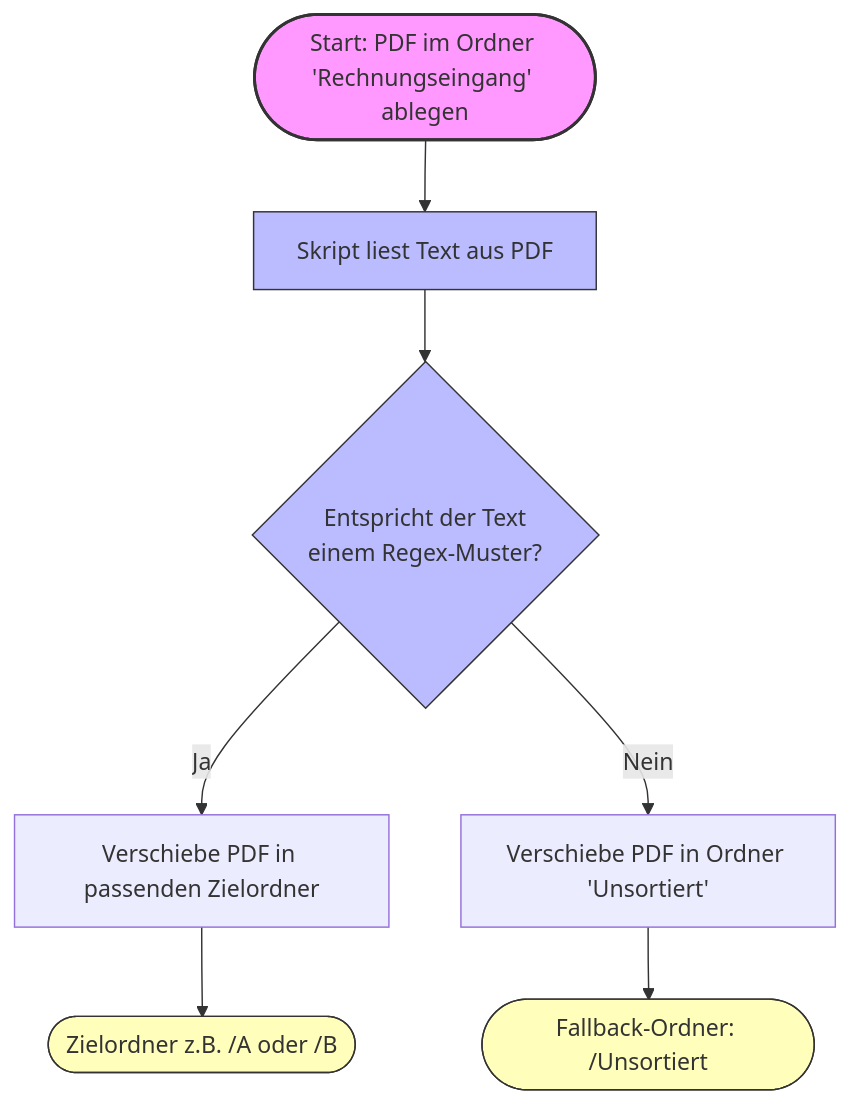
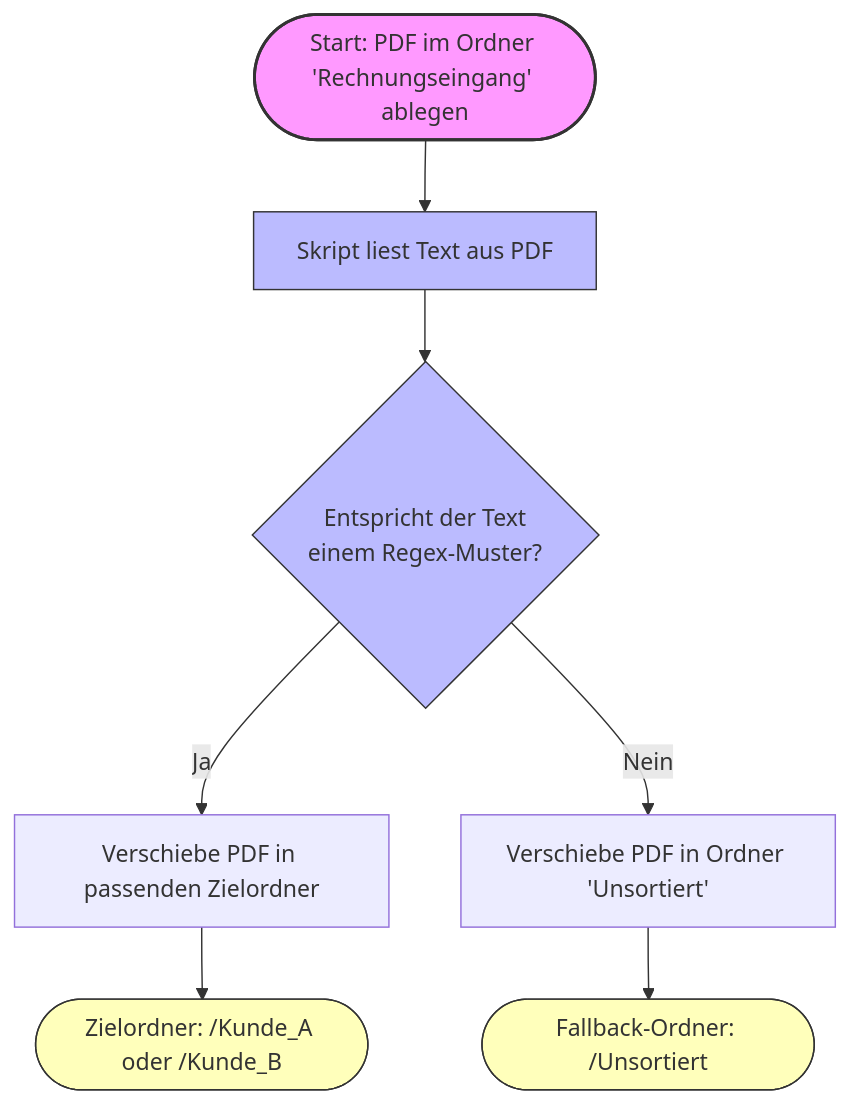
One commit to Theresa-1703/document-sorter changed the diagram in README.md. Above: the diagram before and after it, drawn with Mermaid.

Commit message:
README updated

````diff
--- a/README.md
+++ b/README.md
@@ -29,22 +29,22 @@
 ```mermaid
 graph TD
     %% Definition der Stile
     classDef start_end fill:#f9f,stroke:#333,stroke-width:2px;
     classDef process fill:#bbf,stroke:#333,stroke-width:1px;
     classDef folder fill:#ffb,stroke:#333,stroke-width:1px;
 
     %% Ablaufdiagramm
     A([Start: PDF im Ordner 'Rechnungseingang' ablegen]) --> B[Skript liest Text aus PDF]
     B --> C{Entspricht der Text<br>einem Regex-Muster?}
     
     C -- Ja --> D[Verschiebe PDF in passenden Zielordner]
     C -- Nein --> E[Verschiebe PDF in Ordner 'Unsortiert']
     
-    D --> F([Zielordner z.B. /A oder /B])
+    D --> F([Zielordner: /Kunde_A oder /Kunde_B])
     E --> G([Fallback-Ordner: /Unsortiert])
     
     %% Klassen zuweisen
     class A start_end;
     class B,C process;
     class F,G folder;
 ```
````
